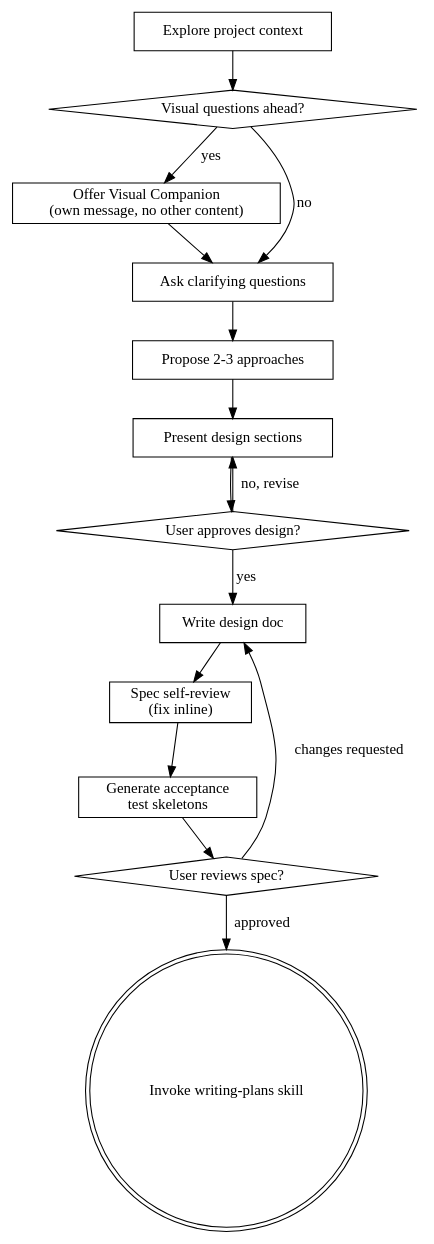
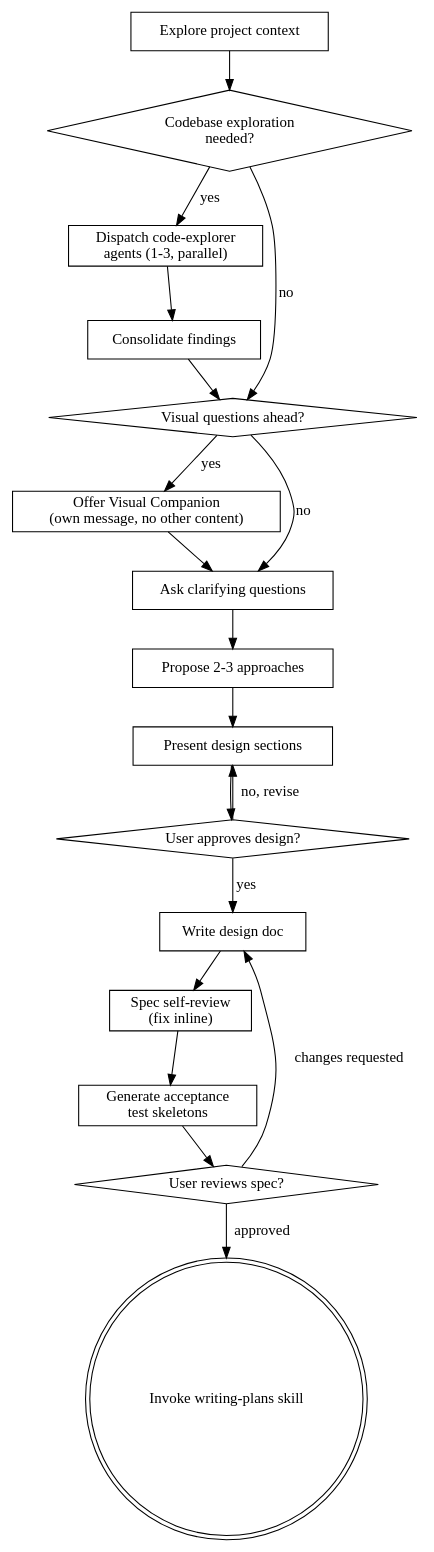
One commit to oscarqjh/super-agent-skills changed the diagram in plugins/super-agent-skills/skills/brainstorming/SKILL.md. Above: the diagram before and after it, drawn with Graphviz. The commit also changed other lines of this file, not shown here.

Commit message:
feat: add conditional code-explorer dispatch to brainstorming skill

````diff
--- a/plugins/super-agent-skills/skills/brainstorming/SKILL.md
+++ b/plugins/super-agent-skills/skills/brainstorming/SKILL.md
@@ -77,31 +77,38 @@
 ```dot
 digraph brainstorming {
     "Explore project context" [shape=box];
+    "Codebase exploration\nneeded?" [shape=diamond];
+    "Dispatch code-explorer\nagents (1-3, parallel)" [shape=box];
+    "Consolidate findings" [shape=box];
     "Visual questions ahead?" [shape=diamond];
     "Offer Visual Companion\n(own message, no other content)" [shape=box];
     "Ask clarifying questions" [shape=box];
     "Propose 2-3 approaches" [shape=box];
     "Present design sections" [shape=box];
     "User approves design?" [shape=diamond];
     "Write design doc" [shape=box];
     "Spec self-review\n(fix inline)" [shape=box];
     "Generate acceptance\ntest skeletons" [shape=box];
     "User reviews spec?" [shape=diamond];
     "Invoke writing-plans skill" [shape=doublecircle];
 
-    "Explore project context" -> "Visual questions ahead?";
+    "Explore project context" -> "Codebase exploration\nneeded?";
+    "Codebase exploration\nneeded?" -> "Dispatch code-explorer\nagents (1-3, parallel)" [label="yes"];
+    "Codebase exploration\nneeded?" -> "Visual questions ahead?" [label="no"];
+    "Dispatch code-explorer\nagents (1-3, parallel)" -> "Consolidate findings";
+    "Consolidate findings" -> "Visual questions ahead?";
     "Visual questions ahead?" -> "Offer Visual Companion\n(own message, no other content)" [label="yes"];
     "Visual questions ahead?" -> "Ask clarifying questions" [label="no"];
     "Offer Visual Companion\n(own message, no other content)" -> "Ask clarifying questions";
     "Ask clarifying questions" -> "Propose 2-3 approaches";
     "Propose 2-3 approaches" -> "Present design sections";
     "Present design sections" -> "User approves design?";
     "User approves design?" -> "Present design sections" [label="no, revise"];
     "User approves design?" -> "Write design doc" [label="yes"];
     "Write design doc" -> "Spec self-review\n(fix inline)";
     "Spec self-review\n(fix inline)" -> "Generate acceptance\ntest skeletons";
     "Generate acceptance\ntest skeletons" -> "User reviews spec?";
     "User reviews spec?" -> "Write design doc" [label="changes requested"];
     "User reviews spec?" -> "Invoke writing-plans skill" [label="approved"];
 }
 ```
````
